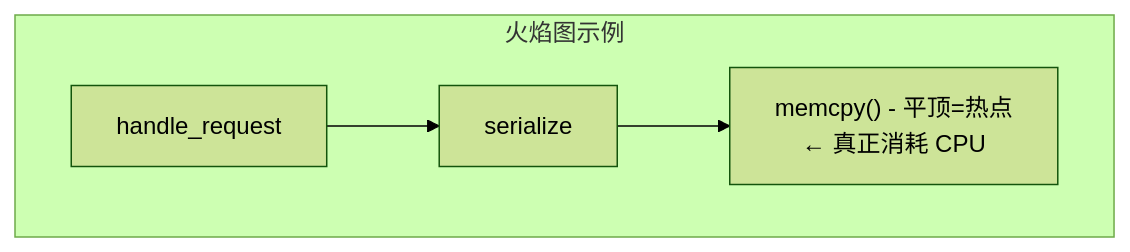
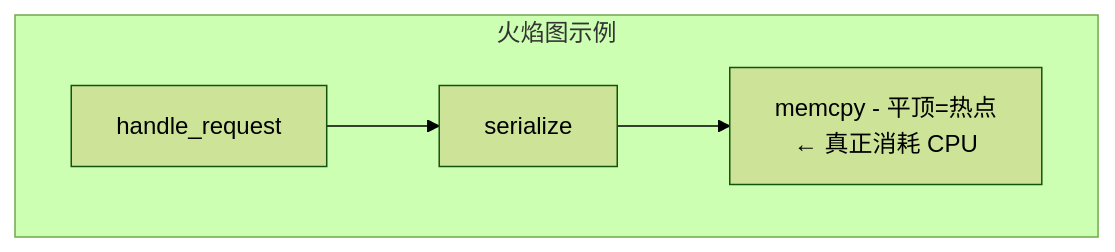
One commit to jpixy/jpixy.github.io changed diagram 14 of 16 in content/articles/linux/linux-37-perf性能分析工具深度解析.md. Above: the diagram before and after it, drawn with Mermaid (forest theme). The commit also changed other lines of this file and 66 other files, not shown here.

Commit message:
fix: resolve Mermaid syntax errors by removing parentheses in node labels

````diff
--- a/content/articles/linux/linux-37-perf性能分析工具深度解析.md
+++ b/content/articles/linux/linux-37-perf性能分析工具深度解析.md
@@ -815,11 +815,11 @@
 ```mermaid
 graph TB
     subgraph 火焰图示例
         H[handle_request]
         S[serialize]
-        M["memcpy() - 平顶=热点<br>← 真正消耗 CPU"]
+        M["memcpy - 平顶=热点<br>← 真正消耗 CPU"]
     end
 
     H --> S
     S --> M
 ```
````
